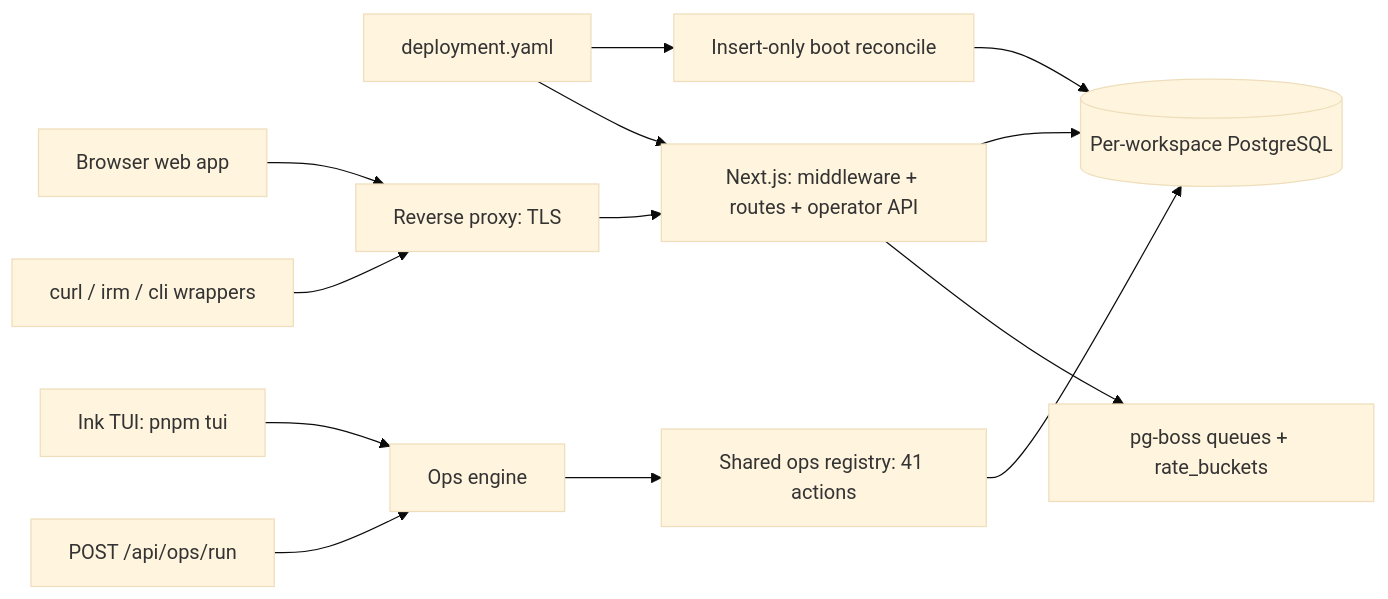
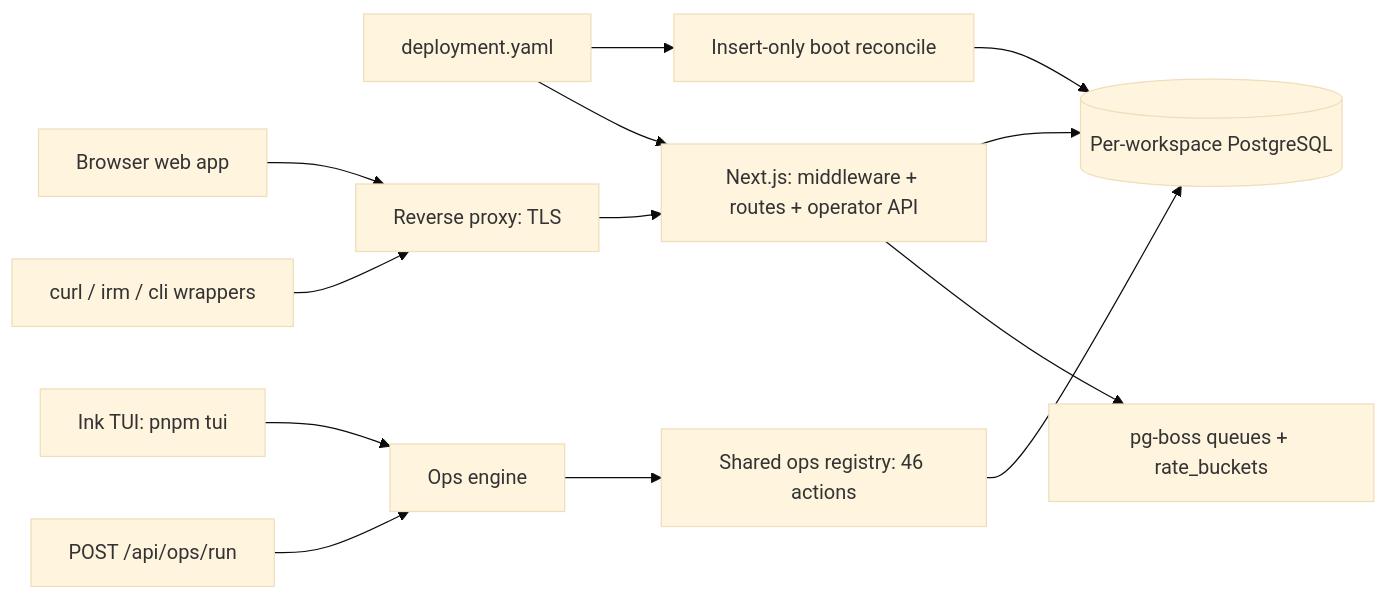
Before and after one commit to YGMssMGY/General-Portal: the diagram in README.md, drawn with Mermaid (base theme). The commit also changed other lines of this file and 10 other files, not shown here.

````diff
--- a/README.md
+++ b/README.md
@@ -13,15 +13,15 @@
 ```mermaid
 flowchart LR
     YAML[deployment.yaml] --> Reconcile[Insert-only boot reconcile]
     Reconcile --> DB[(Per-workspace PostgreSQL)]
     Browser[Browser web app] --> Proxy[Reverse proxy: TLS]
     Client[curl / irm / cli wrappers] --> Proxy
     Proxy --> Node[Next.js: middleware + routes + operator API]
     Node --> DB
     Node --> Boss[pg-boss queues + rate_buckets]
     TUI[Ink TUI: pnpm tui] --> Engine[Ops engine]
     OpsAPI[POST /api/ops/run] --> Engine
-    Engine --> Registry[Shared ops registry: 41 actions]
+    Engine --> Registry[Shared ops registry: 46 actions]
     Registry --> DB
     YAML --> Node
 ```
````
